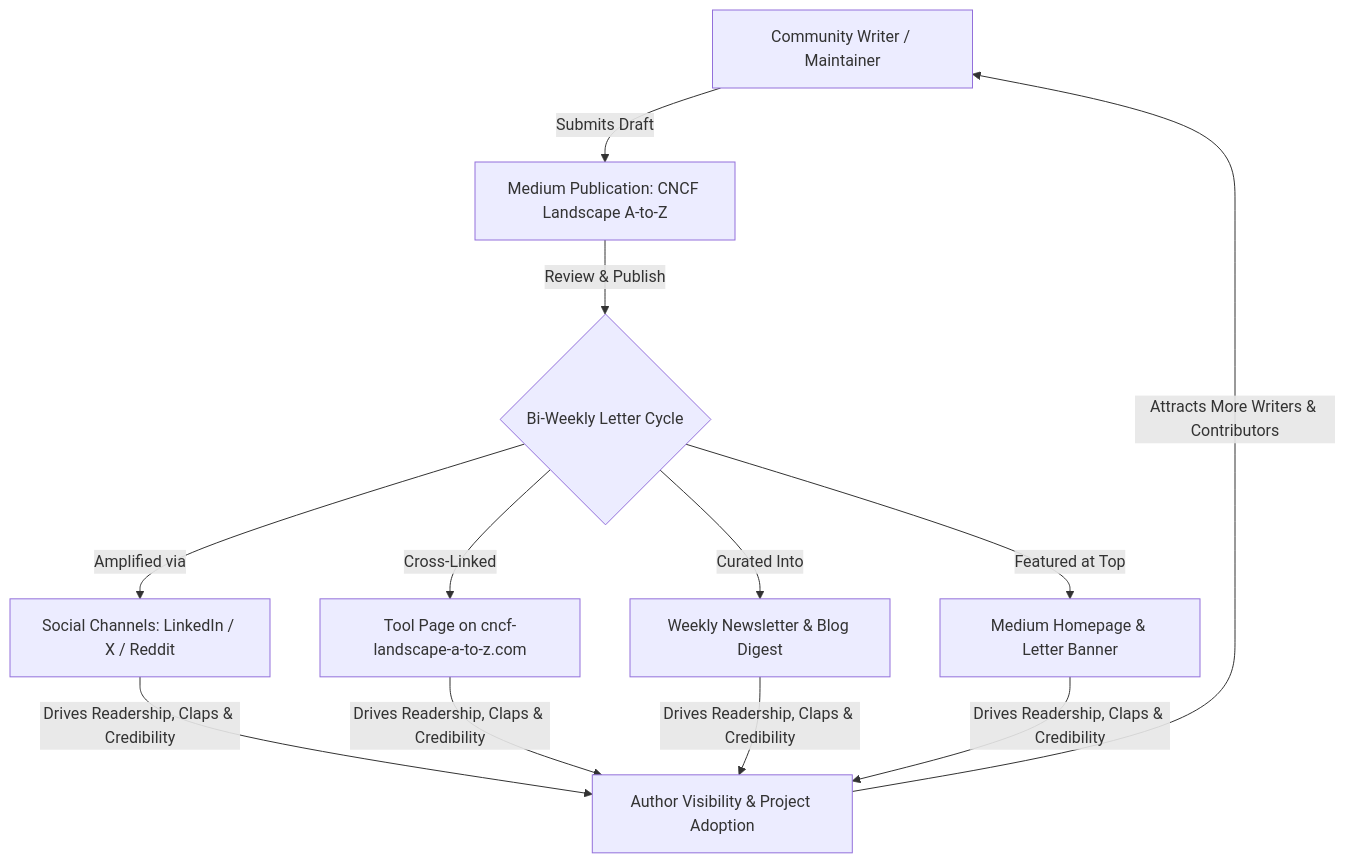
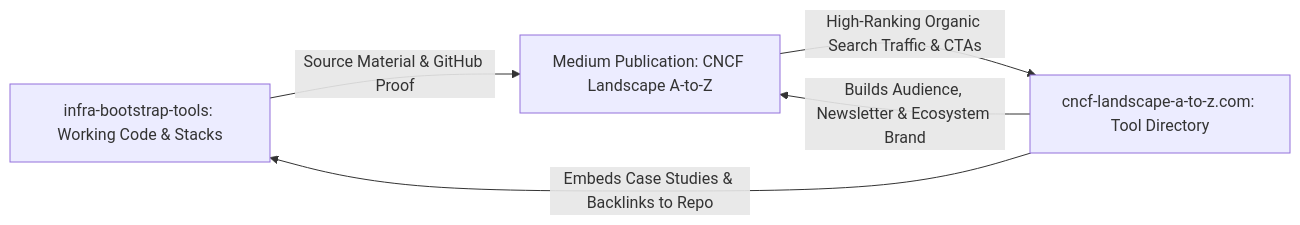
The diagram in docs/1-projects/cncf-landscape-a-to-z.md (xNok/infra-bootstrap-tools), drawn with Mermaid before and after one commit. The commit also changed other lines of this file and 8 other files, not shown here.

Commit message:
docs(projects): refocus CNCF Landscape A-to-Z on repo contributions and website visibility

````diff
--- a/docs/1-projects/cncf-landscape-a-to-z.md
+++ b/docs/1-projects/cncf-landscape-a-to-z.md
@@ -39,11 +40,7 @@
 ```mermaid
-flowchart TD
-    A[Community Writer / Maintainer] -->|Submits Draft| B[Medium Publication: CNCF Landscape A-to-Z]
-    B -->|Review & Publish| C{Bi-Weekly Letter Cycle}
-    C -->|Featured at Top| D[Medium Homepage & Letter Banner]
-    C -->|Cross-Linked| E[Tool Page on cncf-landscape-a-to-z.com]
-    C -->|Curated Into| F[Weekly Newsletter & Blog Digest]
-    C -->|Amplified via| G[Social Channels: LinkedIn / X / Reddit]
-    G & E & F & D -->|Drives Readership, Claps & Credibility| H[Author Visibility & Project Adoption]
-    H -->|Attracts More Writers & Contributors| A
+flowchart LR
+    A[infra-bootstrap-tools: Working Code & Stacks] -->|Source Material & GitHub Proof| B[Medium Publication: CNCF Landscape A-to-Z]
+    B -->|High-Ranking Organic Search Traffic & CTAs| C[cncf-landscape-a-to-z.com: Tool Directory]
+    C -->|Embeds Case Studies & Backlinks to Repo| A
+    C -->|Builds Audience, Newsletter & Ecosystem Brand| B
 ```
````
